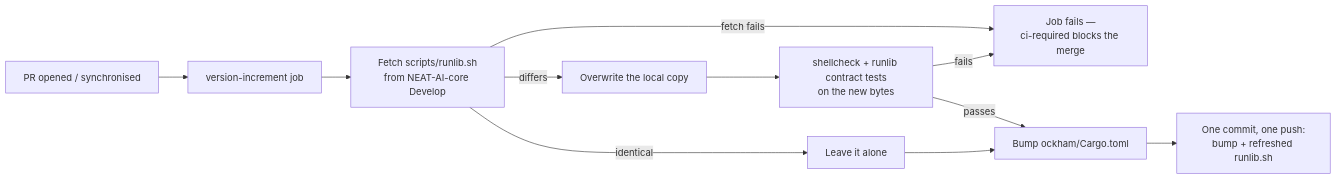
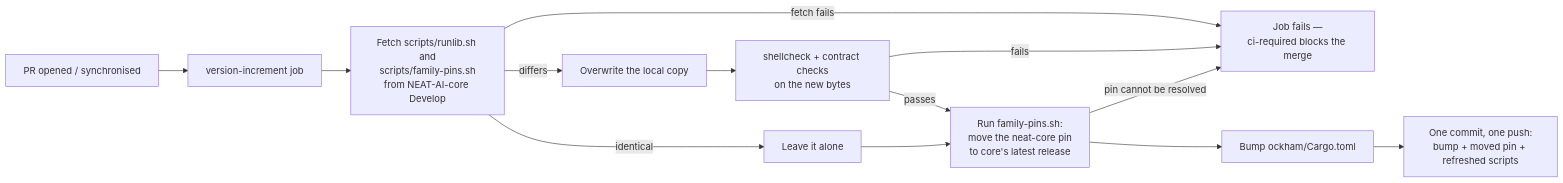
Before and after one commit to stSoftwareAU/NEAT-AI-Ockham: diagram 24 of 24 in README.md, drawn with Mermaid. The commit also changed other lines of this file and 27 other files, not shown here.

First line of the commit message:
Pin neat-core to a release tag and refresh the pin in the version-increment job (Issue #210) (#231)

````diff
--- a/README.md
+++ b/README.md
@@ -2606,13 +2608,15 @@
 ```mermaid
 flowchart LR
     A["PR opened / synchronised"] --> B["version-increment job"]
-    B --> C["Fetch scripts/runlib.sh<br/>from NEAT-AI-core Develop"]
+    B --> C["Fetch scripts/runlib.sh and<br/>scripts/family-pins.sh<br/>from NEAT-AI-core Develop"]
     C -->|fetch fails| D["Job fails —<br/>ci-required blocks the merge"]
     C -->|identical| F["Leave it alone"]
     C -->|differs| E["Overwrite the local copy"]
-    E --> L["shellcheck + runlib contract tests<br/>on the new bytes"]
+    E --> L["shellcheck + contract checks<br/>on the new bytes"]
     L -->|fails| D
-    L -->|passes| G["Bump ockham/Cargo.toml"]
-    F --> G
-    G --> H["One commit, one push:<br/>bump + refreshed runlib.sh"]
+    L -->|passes| M
+    F --> M["Run family-pins.sh:<br/>move the neat-core pin<br/>to core's latest release"]
+    M -->|pin cannot be resolved| D
+    M --> G["Bump ockham/Cargo.toml"]
+    G --> H["One commit, one push:<br/>bump + moved pin + refreshed scripts"]
 ```
````
